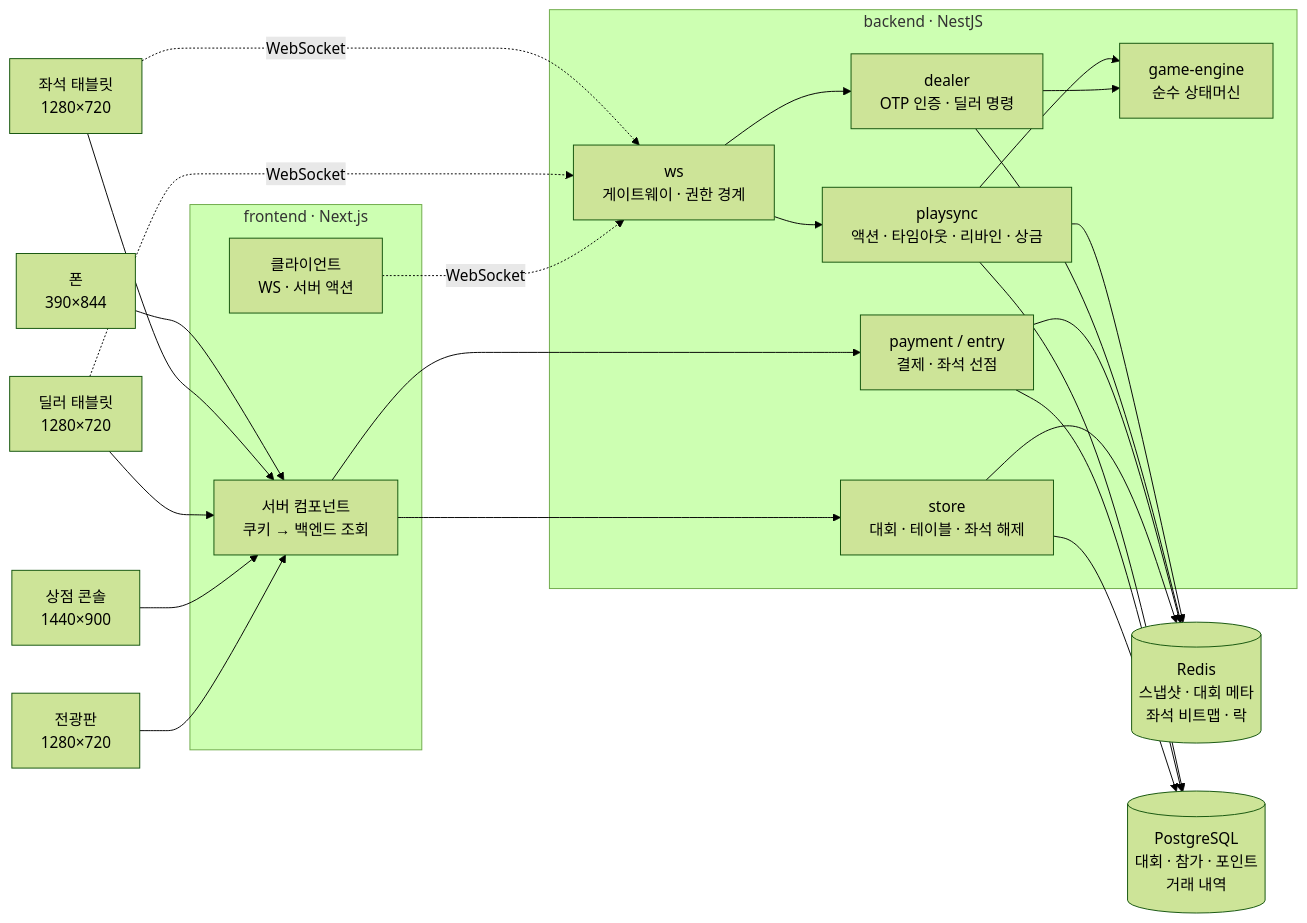
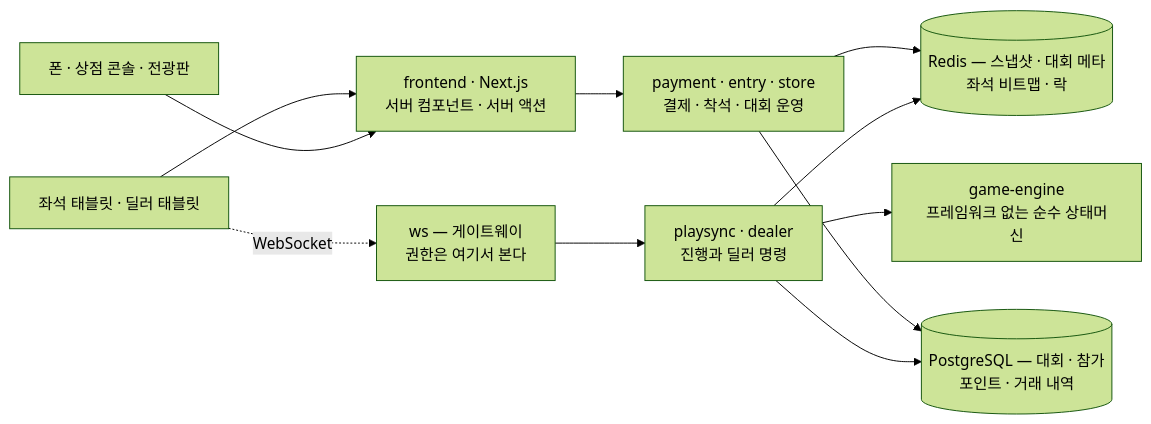
One commit to GUNW-O-O/playsync-V2 changed the first of 2 diagrams in README.md. Above: the diagram before and after it, drawn with Mermaid (forest theme). The commit also changed other lines of this file, not shown here.

Commit message:
docs: 아키텍처 그림을 층으로 세우고 테이블 합치기를 제자리로
- **아키텍처 mermaid를 다시 그렸다.** 서브그래프를 걷어냈다 — 밖으로 나가는
  간선이 있으면 mermaid가 `direction`을 무시해서, 묶어 놓아도 결국 옆으로
  흐트러진다. 면 → Next → 게이트웨이 → 진행/운영 → 저장소 층만 남기고
  간선을 열 개로 줄였다
- **`s5-table-merge`가 §6 시나리오 표 뒤에 붙어 있었다.** 테스트 계층을
  설명하는 자리라 문맥이 없었다. §4에 「테이블을 합치는 것은 사람이 걸어가는
  일이다」를 만들어 옮겼다 — 온라인이면 서버가 재배치하고 끝나는 일이
  여기서는 사람이 칩을 들고 걸어가는 일이라는 것이 §4의 주제 그대로다

````diff
--- a/README.md
+++ b/README.md
@@ -393,47 +412,23 @@
 ```mermaid
 flowchart LR
-  phone["폰<br/>390×844"]
-  seat["좌석 태블릿<br/>1280×720"]
-  dealerT["딜러 태블릿<br/>1280×720"]
-  console["상점 콘솔<br/>1440×900"]
-  board["전광판<br/>1280×720"]
+  tablets["좌석 태블릿 · 딜러 태블릿"]
+  others["폰 · 상점 콘솔 · 전광판"]
+  next["frontend · Next.js<br/>서버 컴포넌트 · 서버 액션"]
+  ws["ws — 게이트웨이<br/>권한은 여기서 본다"]
+  play["playsync · dealer<br/>진행과 딜러 명령"]
+  engine["game-engine<br/>프레임워크 없는 순수 상태머신"]
+  rest["payment · entry · store<br/>결제 · 착석 · 대회 운영"]
+  redis[("Redis — 스냅샷 · 대회 메타<br/>좌석 비트맵 · 락")]
+  db[("PostgreSQL — 대회 · 참가<br/>포인트 · 거래 내역")]
 
-  subgraph front["frontend · Next.js"]
-    ssr["서버 컴포넌트<br/>쿠키 → 백엔드 조회"]
-    client["클라이언트<br/>WS · 서버 액션"]
-  end
-
-  subgraph back["backend · NestJS"]
-    ws["ws<br/>게이트웨이 · 권한 경계"]
-    playsync["playsync<br/>액션 · 타임아웃 · 리바인 · 상금"]
-    dealer["dealer<br/>OTP 인증 · 딜러 명령"]
-    engine["game-engine<br/>순수 상태머신"]
-    payment["payment / entry<br/>결제 · 좌석 선점"]
-    store["store<br/>대회 · 테이블 · 좌석 해제"]
-  end
-
-  redis[("Redis<br/>스냅샷 · 대회 메타<br/>좌석 비트맵 · 락")]
-  db[("PostgreSQL<br/>대회 · 참가 · 포인트<br/>거래 내역")]
-
-  phone --> ssr
-  seat --> ssr
-  dealerT --> ssr
-  console --> ssr
-  board --> ssr
-  seat -. WebSocket .-> ws
-  dealerT -. WebSocket .-> ws
-  client -. WebSocket .-> ws
-  ssr --> payment
-  ssr --> store
-  ws --> playsync
-  ws --> dealer
-  playsync --> engine
-  dealer --> engine
-  playsync --> redis
-  playsync --> db
-  dealer --> redis
-  payment --> redis
-  payment --> db
-  store --> redis
-  store --> db
+  others --> next
+  tablets --> next
+  tablets -. WebSocket .-> ws
+  next --> rest
+  ws --> play
+  play --> engine
+  play --> redis
+  play --> db
+  rest --> redis
+  rest --> db
 ```
````
